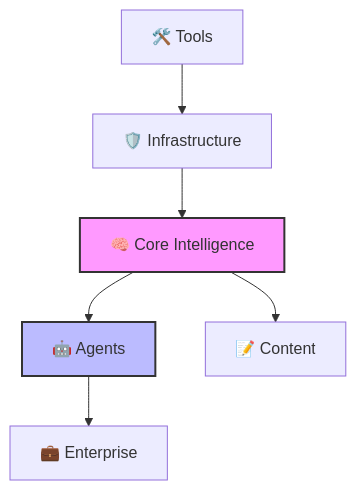
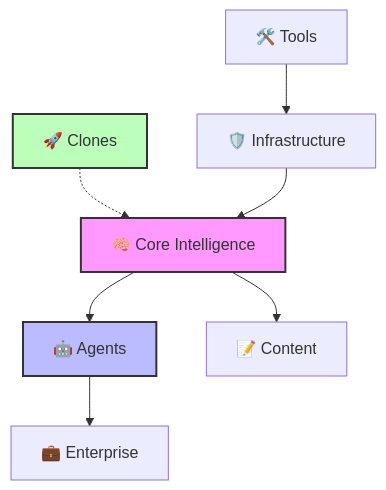
The diagram in README.md (OpenBlatam/AI-Models-Clone), drawn with Mermaid before and after one commit. The commit also changed other lines of this file, not shown here.

Commit message:
docs: add Startup Clones section and text polish

````diff
--- a/README.md
+++ b/README.md
@@ -209,10 +214,12 @@
 ```mermaid
 graph TD;
-    Core[🧠 Core Intelligence] --> Agents[🤖 Agents];
+    Clones[🚀 Clones] -.-> Core[🧠 Core Intelligence];
+    Core --> Agents[🤖 Agents];
     Core --> Content[📝 Content];
     Agents --> Enterprise[💼 Enterprise];
     Infra[🛡️ Infrastructure] --> Core;
     Tools[🛠️ Tools] --> Infra;
+    style Clones fill:#bfb,stroke:#333,stroke-width:2px
     style Core fill:#f9f,stroke:#333,stroke-width:2px
     style Agents fill:#bbf,stroke:#333,stroke-width:2px
 ```
````
